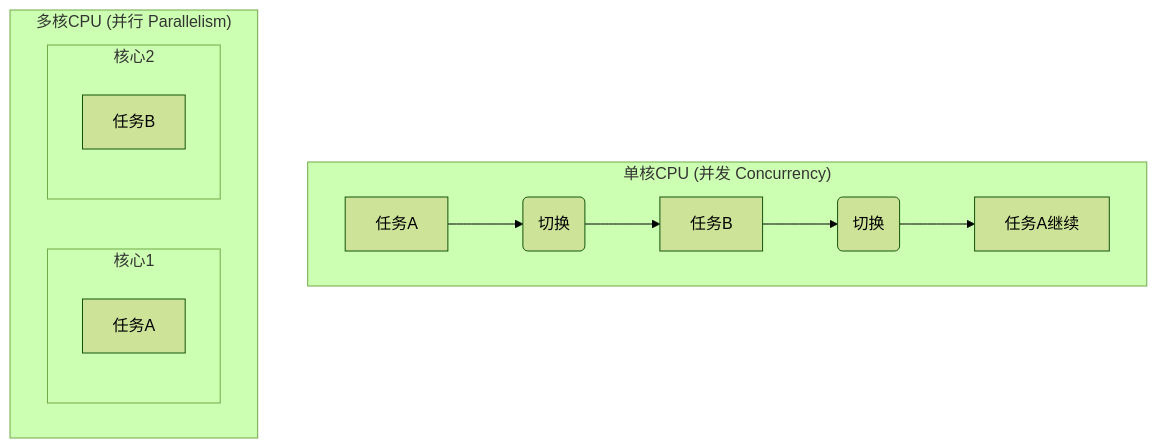
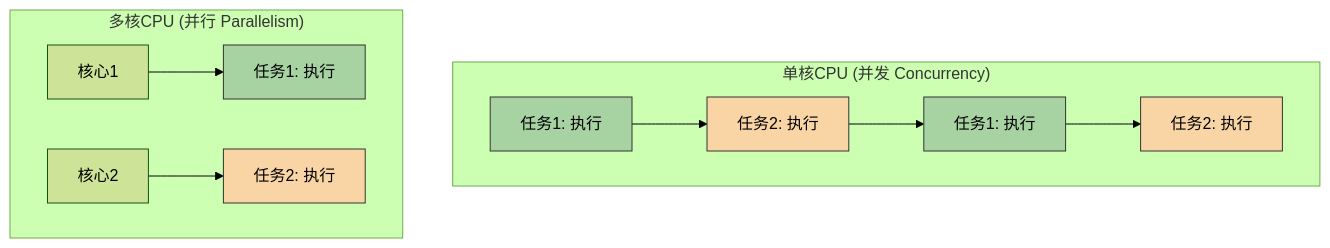
One commit to Zehui-sudo/platform-ide-1020 changed the diagram in web-learner/public/content/python/py-sec-8-1-并发编程概念.md. Above: the diagram before and after it, drawn with Mermaid (forest theme). The commit also changed other lines of this file and 23 other files, not shown here.

````diff
--- a/web-learner/public/content/python/py-sec-8-1-并发编程概念.md
+++ b/web-learner/public/content/python/py-sec-8-1-并发编程概念.md
@@ -14,14 +25,19 @@
-    ```mermaid
-    graph TD
-        subgraph "单核CPU (并发 Concurrency)"
-            A[任务A] --> B(切换) --> C[任务B] --> D(切换) --> E[任务A继续]
-        end
-        subgraph "多核CPU (并行 Parallelism)"
-            subgraph 核心1
-                P1[任务A]
-            end
-            subgraph 核心2
-                P2[任务B]
-            end
-        end
-    ```
+```mermaid
+graph TD
+    subgraph "单核CPU (并发 Concurrency)"
+        direction LR
+        T1_A["任务1: 执行"] --> T2_A["任务2: 执行"] --> T1_B["任务1: 执行"] --> T2_B["任务2: 执行"]
+    end
+
+    subgraph "多核CPU (并行 Parallelism)"
+        Core1[核心1] --> C1_T1["任务1: 执行"]
+        Core2[核心2] --> C2_T2["任务2: 执行"]
+    end
+
+    style T1_A fill:#a7d3a2,stroke:#333
+    style T1_B fill:#a7d3a2,stroke:#333
+    style T2_A fill:#f9d5a5,stroke:#333
+    style T2_B fill:#f9d5a5,stroke:#333
+    style C1_T1 fill:#a7d3a2,stroke:#333
+    style C2_T2 fill:#f9d5a5,stroke:#333
+```
````
